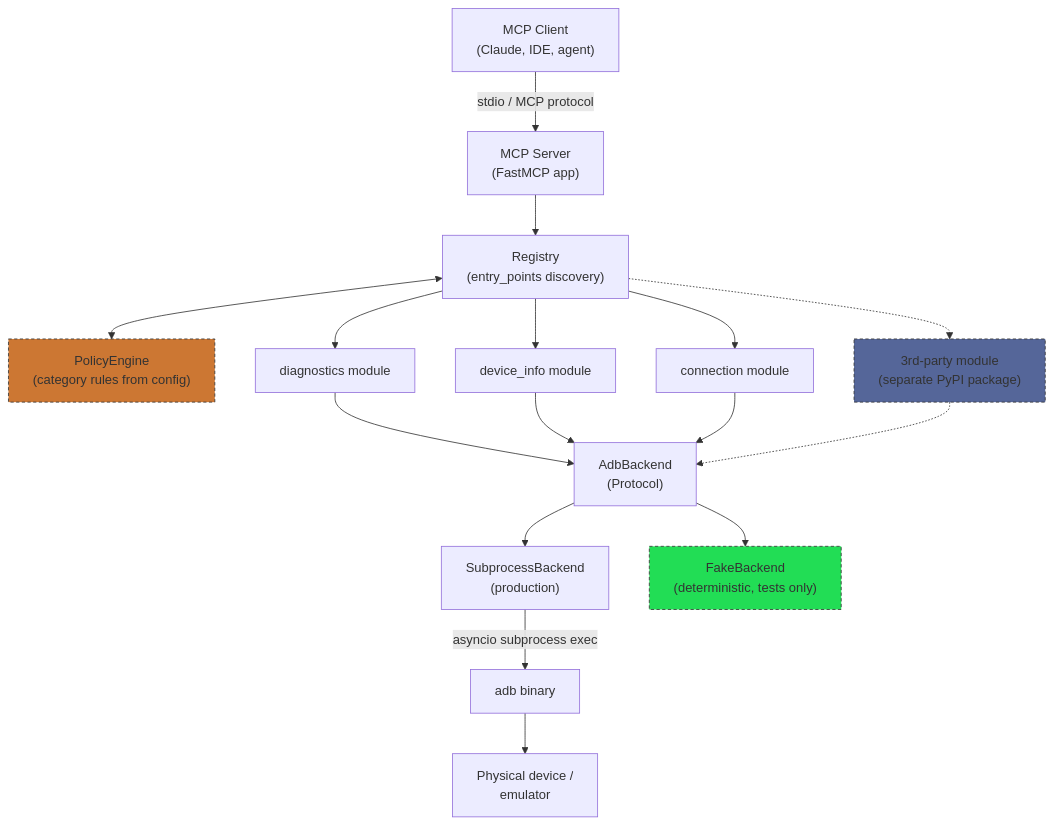
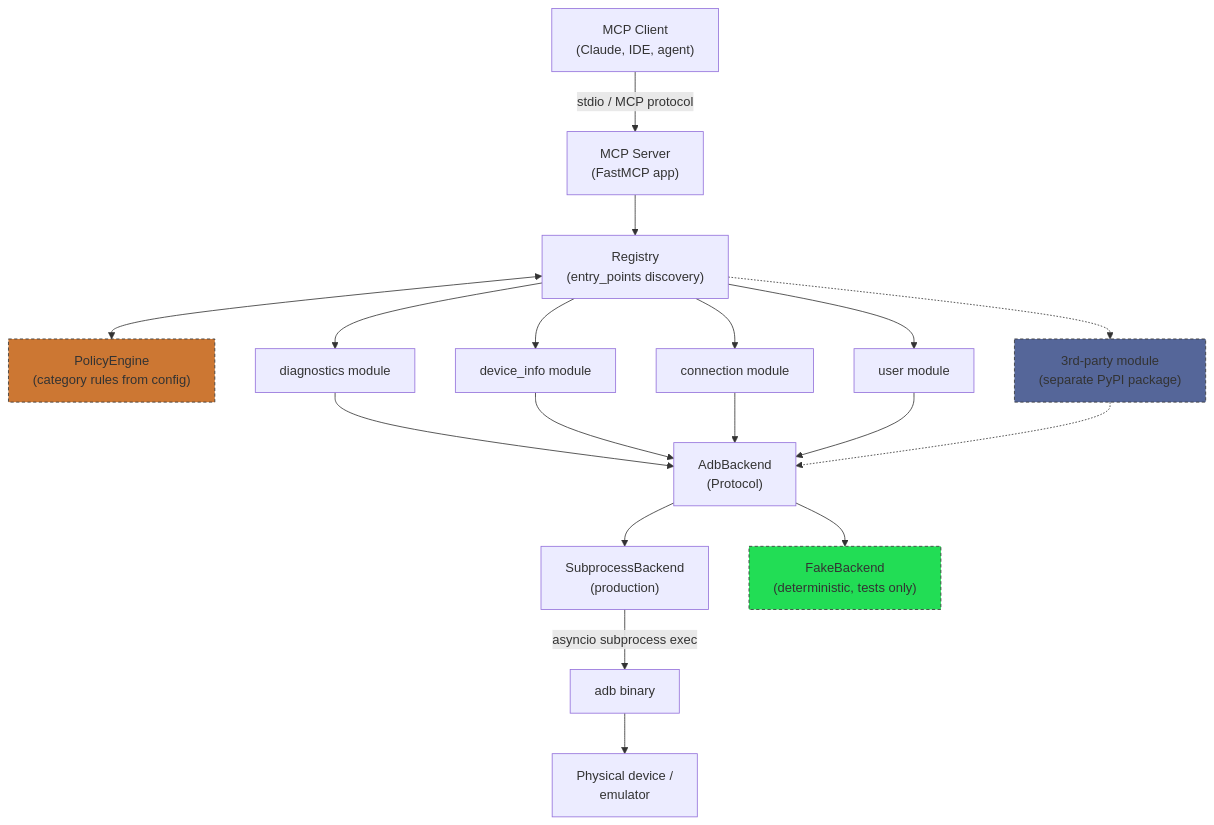
The first of 7 diagrams in docs/ARCHITECTURE.md (allaudin/adb-automation-mcp), drawn with Mermaid before and after one commit. The commit also changed other lines of this file and 12 other files, not shown here.

First line of the commit message:
feat: add user module with get_current_user tool

````diff
--- a/docs/ARCHITECTURE.md
+++ b/docs/ARCHITECTURE.md
@@ -43,26 +45,28 @@
 ```mermaid
 graph TB
     Client["MCP Client<br/>(Claude, IDE, agent)"] -->|stdio / MCP protocol| Server["MCP Server<br/>(FastMCP app)"]
 
     Server --> Registry["Registry<br/>(entry_points discovery)"]
     Registry <--> Policy["PolicyEngine<br/>(category rules from config)"]
     Registry --> ModDiag["diagnostics module"]
     Registry --> ModDevices["device_info module"]
     Registry --> ModConn["connection module"]
+    Registry --> ModUser["user module"]
     Registry -.-> ModExt["3rd-party module<br/>(separate PyPI package)"]
 
     ModDiag --> Backend["AdbBackend<br/>(Protocol)"]
     ModDevices --> Backend
     ModConn --> Backend
+    ModUser --> Backend
     ModExt -.-> Backend
 
     Backend --> Sub["SubprocessBackend<br/>(production)"]
     Backend --> Fake["FakeBackend<br/>(deterministic, tests only)"]
 
     Sub -->|asyncio subprocess exec| ADB["adb binary"]
     ADB --> Device["Physical device /<br/>emulator"]
 
     style Fake fill:#2d5,stroke:#333,stroke-dasharray: 4 3
     style ModExt fill:#569,stroke:#333,stroke-dasharray: 4 3
     style Policy fill:#c73,stroke:#333,stroke-dasharray: 4 3
 ```
````
